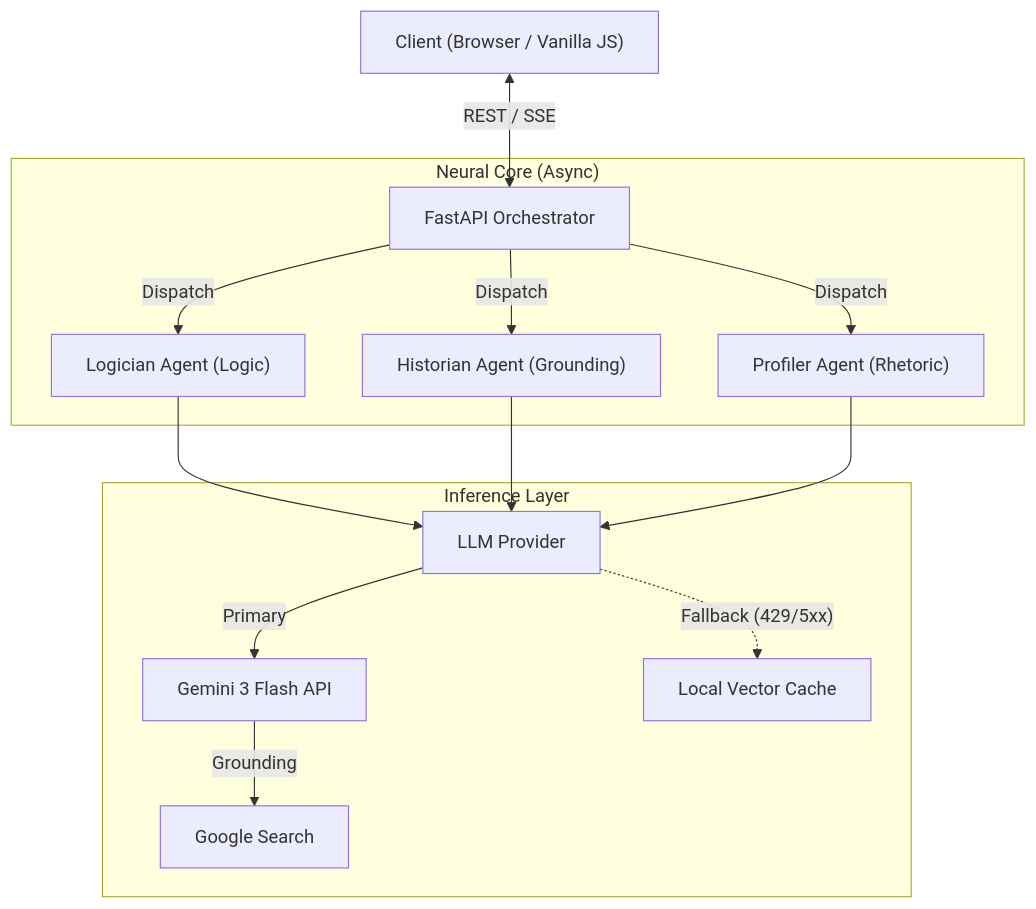
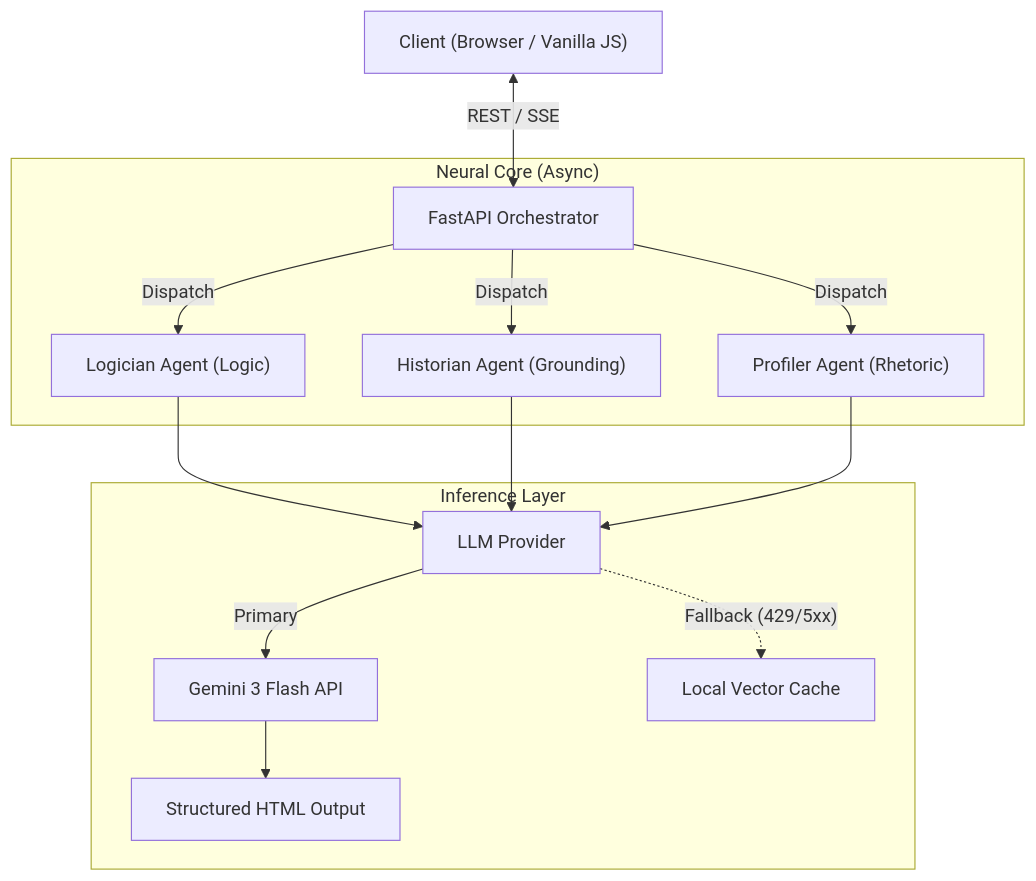
Before and after one commit to huntwter/Reality-lens: the diagram in README.md, drawn with Mermaid. The commit also changed other lines of this file, not shown here.

````diff
--- a/README.md
+++ b/README.md
@@ -18,19 +19,19 @@
 ```mermaid
 graph TD
     Client["Client (Browser / Vanilla JS)"] <-->|REST / SSE| API["FastAPI Orchestrator"]
     
     subgraph "Neural Core (Async)"
         API -->|Dispatch| Log["Logician Agent (Logic)"]
         API -->|Dispatch| His["Historian Agent (Grounding)"]
         API -->|Dispatch| Pro["Profiler Agent (Rhetoric)"]
     end
     
     subgraph "Inference Layer"
         Log & His & Pro --> Provider["LLM Provider"]
         
         Provider -->|Primary| Gemini["Gemini 3 Flash API"]
         Provider -.->|"Fallback (429/5xx)"| Cache["Local Vector Cache"]
         
-        Gemini -->|Grounding| Search["Google Search"]
+        Gemini --> Response["Structured HTML Output"]
     end
 ```
````
